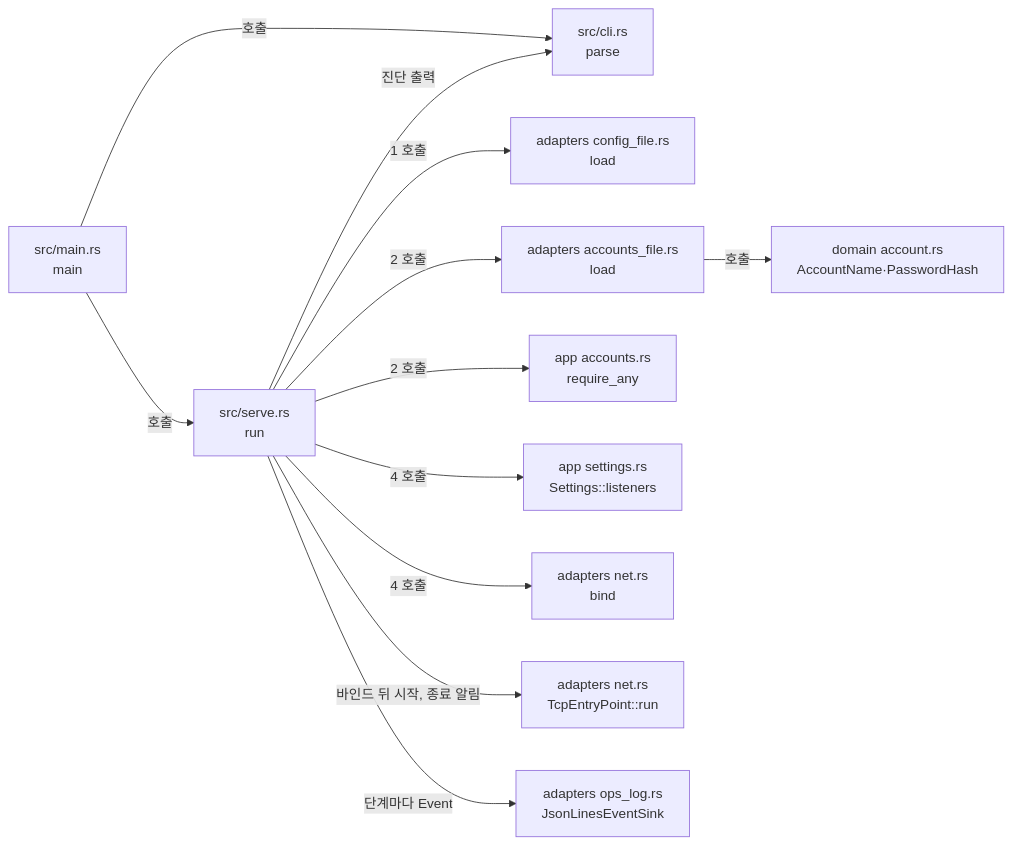
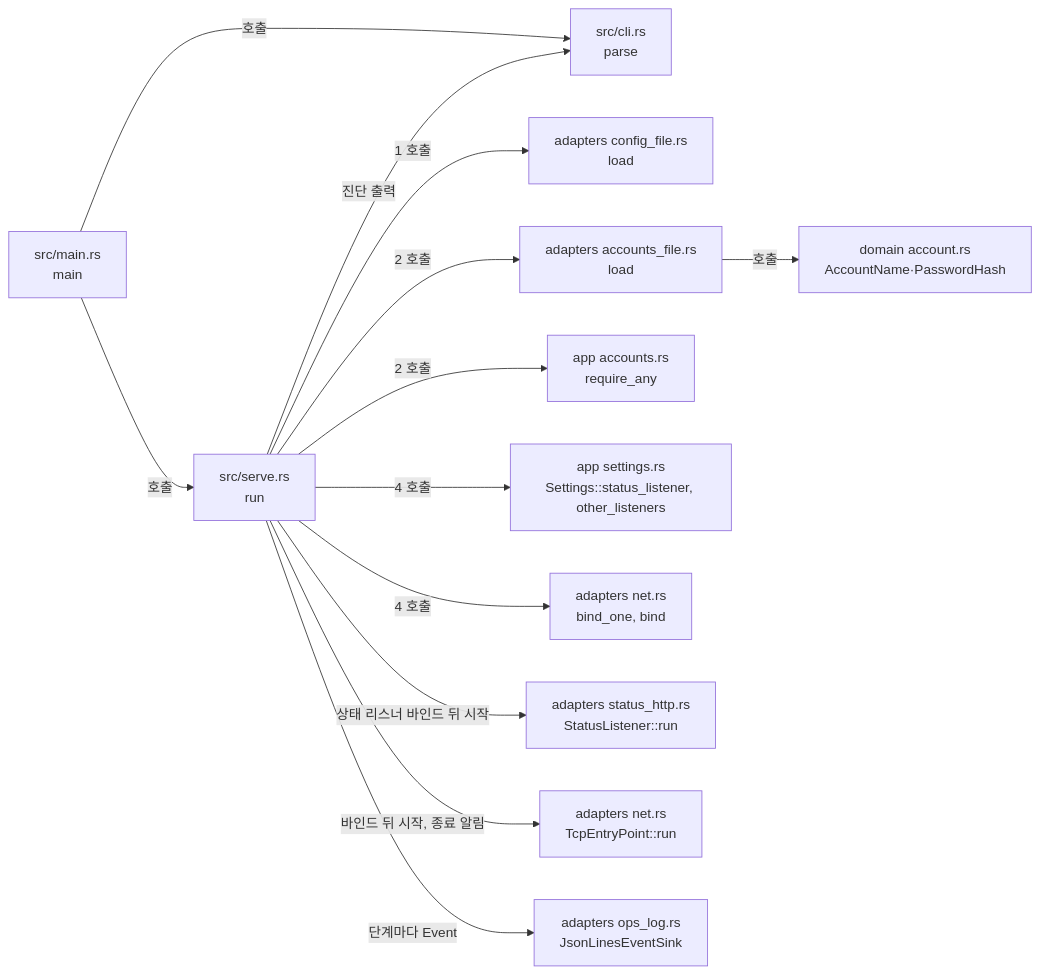
One commit to kayden-kim/vnc-relay changed the diagram in docs/architectures/serve-startup.md. Above: the diagram before and after it, drawn with Mermaid. The commit also changed other lines of this file and 26 other files, not shown here.

Commit message:
feat(status): add status listener with readiness and Lm

````diff
--- a/docs/architectures/serve-startup.md
+++ b/docs/architectures/serve-startup.md
@@ -46,14 +46,15 @@
 ```mermaid
 flowchart LR
     MAIN["src/main.rs<br/>main"] -->|"호출"| CLI["src/cli.rs<br/>parse"]
     MAIN -->|"호출"| SERVE["src/serve.rs<br/>run"]
     SERVE -->|"1 호출"| CFG["adapters config_file.rs<br/>load"]
     SERVE -->|"2 호출"| ACC["adapters accounts_file.rs<br/>load"]
     ACC -->|"호출"| DACC["domain account.rs<br/>AccountName·PasswordHash"]
     SERVE -->|"2 호출"| REQ["app accounts.rs<br/>require_any"]
-    SERVE -->|"4 호출"| PLAN["app settings.rs<br/>Settings::listeners"]
-    SERVE -->|"4 호출"| NET["adapters net.rs<br/>bind"]
+    SERVE -->|"4 호출"| PLAN["app settings.rs<br/>Settings::status_listener, other_listeners"]
+    SERVE -->|"4 호출"| NET["adapters net.rs<br/>bind_one, bind"]
+    SERVE -->|"상태 리스너 바인드 뒤 시작"| STATUS["adapters status_http.rs<br/>StatusListener::run"]
     SERVE -->|"바인드 뒤 시작, 종료 알림"| EP["adapters net.rs<br/>TcpEntryPoint::run"]
     SERVE -->|"단계마다 Event"| LOG["adapters ops_log.rs<br/>JsonLinesEventSink"]
     SERVE -->|"진단 출력"| CLI
 ```
````
